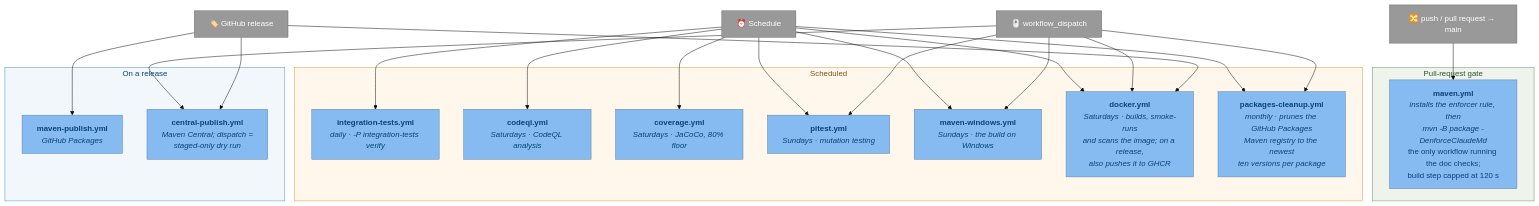
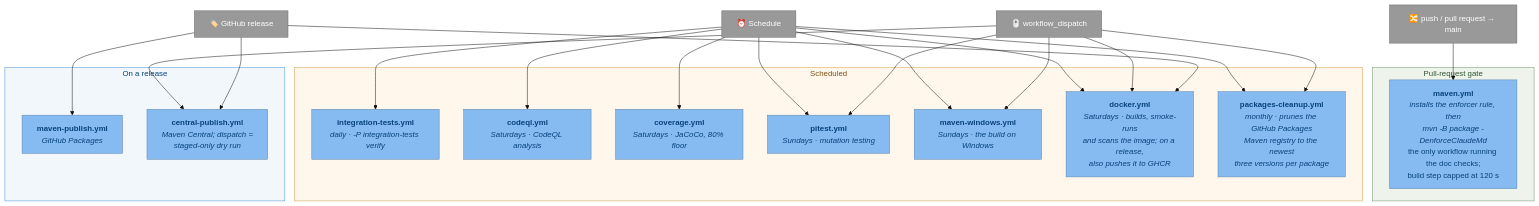
Before and after one commit to adamw7/tools: the tenth of 10 diagrams in docs/c4-architecture.md, drawn with Mermaid (base theme). The commit also changed 3 other files, not shown here.

First line of the commit message:
ci: keep three package versions, not ten

````diff
--- a/docs/c4-architecture.md
+++ b/docs/c4-architecture.md
@@ -719,51 +719,51 @@
 ```mermaid
 flowchart TB
     pr["🔀 push / pull request → main"]
     sched["⏰ Schedule"]
     manual["🖱️ workflow_dispatch"]
     rel["🏷️ GitHub release"]
 
     subgraph gate ["Pull-request gate"]
         mavenWf["<b>maven.yml</b><br/><i>installs the enforcer rule, then<br/>mvn -B package -DenforceClaudeMd</i><br/>the only workflow running the doc checks;<br/>build step capped at 120 s"]
     end
 
     subgraph scheduled ["Scheduled"]
         itWf["<b>integration-tests.yml</b><br/><i>daily · -P integration-tests verify</i>"]
         codeqlWf["<b>codeql.yml</b><br/><i>Saturdays · CodeQL analysis</i>"]
         covWf["<b>coverage.yml</b><br/><i>Saturdays · JaCoCo, 80% floor</i>"]
         pitWf["<b>pitest.yml</b><br/><i>Sundays · mutation testing</i>"]
         winWf["<b>maven-windows.yml</b><br/><i>Sundays · the build on Windows</i>"]
         dockerWf["<b>docker.yml</b><br/><i>Saturdays · builds, smoke-runs<br/>and scans the image; on a release,<br/>also pushes it to GHCR</i>"]
-        pkgCleanWf["<b>packages-cleanup.yml</b><br/><i>monthly · prunes the GitHub Packages<br/>Maven registry to the newest<br/>ten versions per package</i>"]
+        pkgCleanWf["<b>packages-cleanup.yml</b><br/><i>monthly · prunes the GitHub Packages<br/>Maven registry to the newest<br/>three versions per package</i>"]
     end
 
     subgraph publish ["On a release"]
         ghPkg["<b>maven-publish.yml</b><br/><i>GitHub Packages</i>"]
         central["<b>central-publish.yml</b><br/><i>Maven Central; dispatch =<br/>staged-only dry run</i>"]
     end
 
     pr --> mavenWf
     sched --> itWf
     sched --> codeqlWf
     sched --> covWf
     sched --> pitWf
     sched --> winWf
     sched --> dockerWf
     sched --> pkgCleanWf
     manual --> pitWf
     manual --> winWf
     manual --> dockerWf
     manual --> pkgCleanWf
     manual --> central
     rel --> dockerWf
     rel --> ghPkg
     rel --> central
 
     classDef comp fill:#85bbf0,stroke:#5d82a8,color:#08427b
     classDef ext fill:#999999,stroke:#6b6b6b,color:#fff
     class mavenWf,dockerWf,codeqlWf,itWf,covWf,pitWf,winWf,pkgCleanWf,ghPkg,central comp
     class pr,sched,manual,rel ext
     style gate fill:#eef4ec,stroke:#6b8e6b,color:#2f5230
     style scheduled fill:#fff7ec,stroke:#d59a43,color:#7a5418
     style publish fill:#f2f7fc,stroke:#438dd5,color:#08427b
 ```
````
